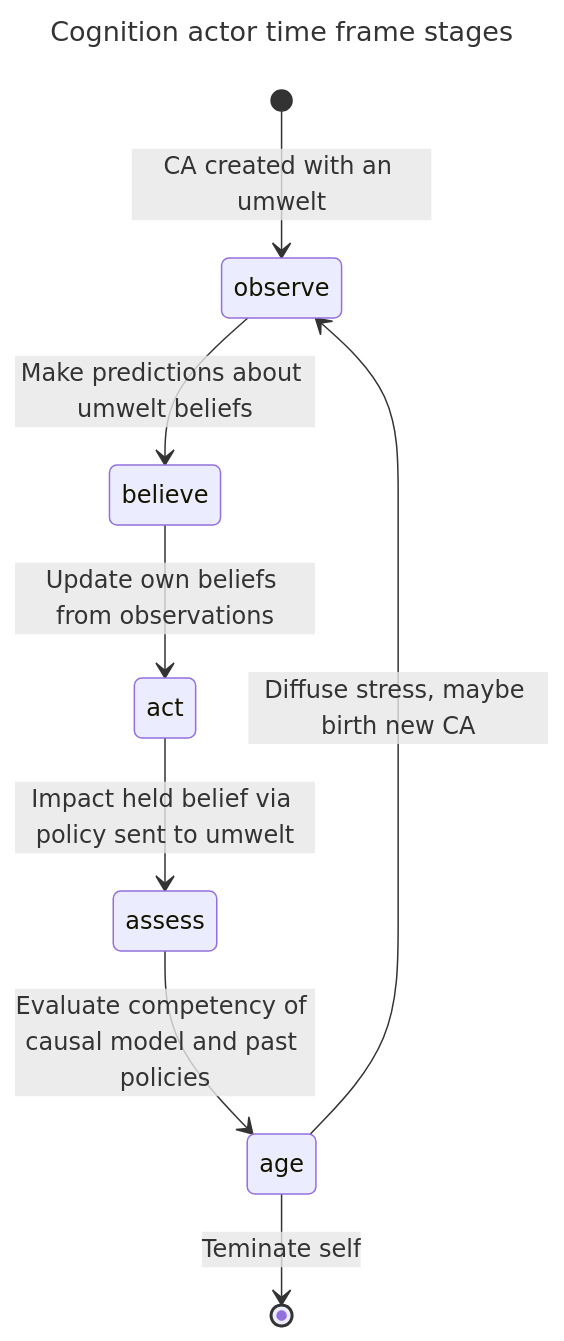
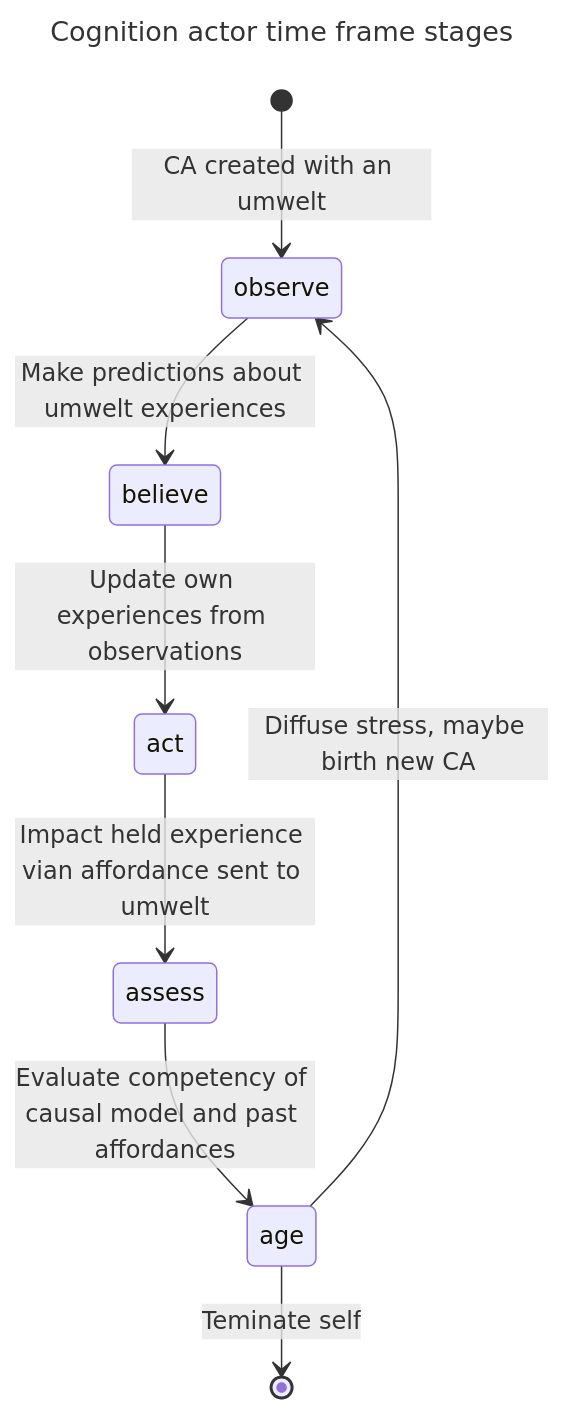
The diagram in design_notes/cognition_actors.md (jfcloutier/karma_system), drawn with Mermaid before and after one commit. The commit also changed other lines of this file and 17 other files, not shown here.

Commit message:
Renamed belief to experience, policy to affordance

````diff
--- a/design_notes/cognition_actors.md
+++ b/design_notes/cognition_actors.md
@@ -130,14 +130,14 @@
 ```mermaid
 ---
 title: Cognition actor time frame stages
 ---
 stateDiagram-v2
     [*] --> observe: CA created with an umwelt
 
-    observe --> believe: Make predictions about umwelt beliefs
-    believe --> act: Update own beliefs from observations
-    act --> assess: Impact held belief via policy sent to umwelt
-    assess --> age: Evaluate competency of causal model and past policies
+    observe --> believe: Make predictions about umwelt experiences
+    believe --> act: Update own experiences from observations
+    act --> assess: Impact held experience vian affordance sent to umwelt
+    assess --> age: Evaluate competency of causal model and past affordances
     age --> observe: Diffuse stress, maybe birth new CA
     age --> [*]: Teminate self
 ```
````
